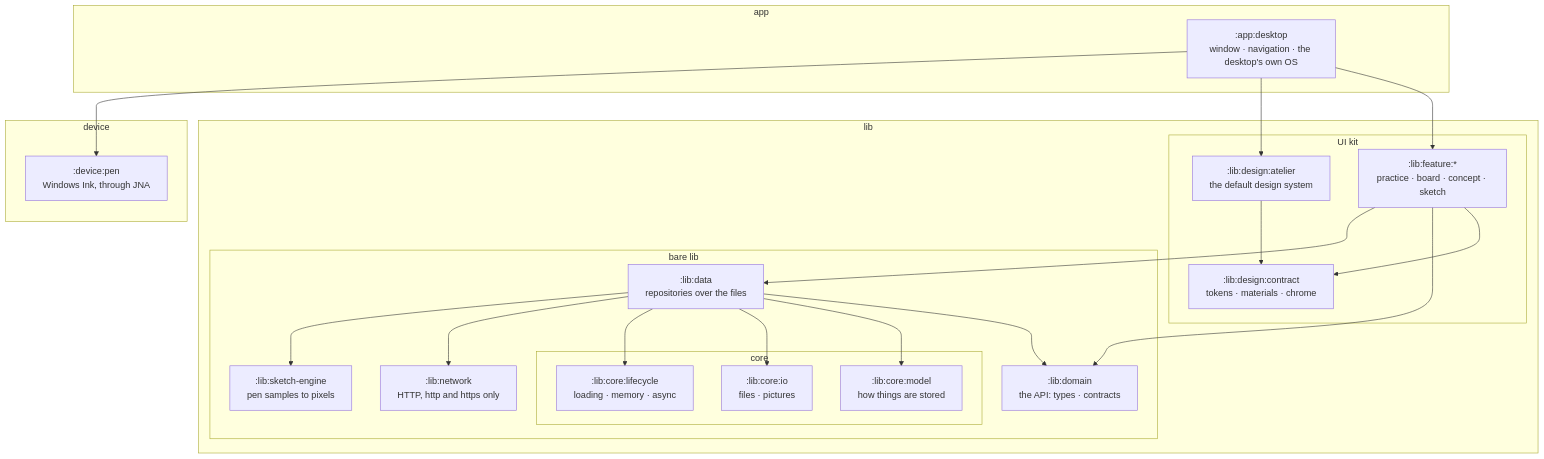
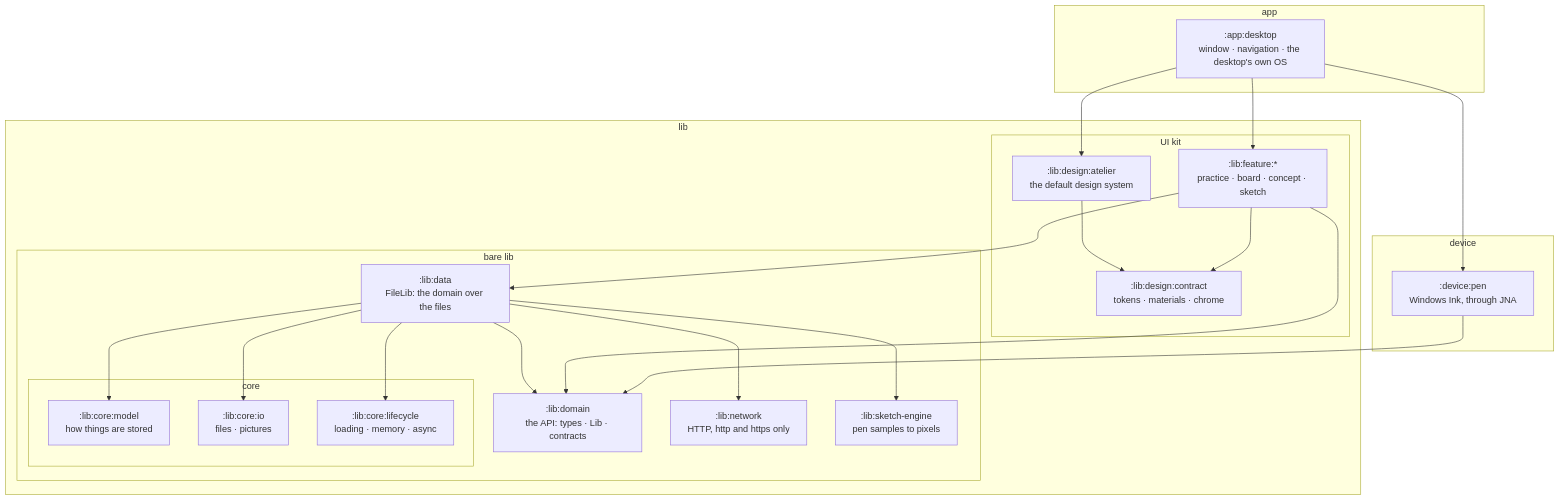
The first of 2 diagrams in docs/Architecture.md (cwellm/ActionDraw), drawn with Mermaid before and after one commit. The commit also changed other lines of this file and 143 other files, not shown here.

````diff
--- a/docs/Architecture.md
+++ b/docs/Architecture.md
@@ -17,40 +17,41 @@
 ```mermaid
 flowchart TB
   subgraph APP["app"]
     desktop[":app:desktop<br/>window · navigation · the desktop's own OS"]
   end
   subgraph DEVICE["device"]
     pen[":device:pen<br/>Windows Ink, through JNA"]
   end
   subgraph LIB["lib"]
     subgraph UI["UI kit"]
       features[":lib:feature:*<br/>practice · board · concept · sketch"]
       atelier[":lib:design:atelier<br/>the default design system"]
       contract[":lib:design:contract<br/>tokens · materials · chrome"]
     end
     subgraph BARE["bare lib"]
-      data[":lib:data<br/>repositories over the files"]
-      domain[":lib:domain<br/>the API: types · contracts"]
+      data[":lib:data<br/>FileLib: the domain over the files"]
+      domain[":lib:domain<br/>the API: types · Lib · contracts"]
       network[":lib:network<br/>HTTP, http and https only"]
       engine[":lib:sketch-engine<br/>pen samples to pixels"]
       subgraph CORE["core"]
         model[":lib:core:model<br/>how things are stored"]
         io[":lib:core:io<br/>files · pictures"]
         lifecycle[":lib:core:lifecycle<br/>loading · memory · async"]
       end
     end
   end
   desktop --> features
   desktop --> atelier
   desktop --> pen
+  pen --> domain
   features --> contract
   features --> domain
   features --> data
   atelier --> contract
   data --> domain
   data --> model
   data --> io
   data --> lifecycle
   data --> network
   data --> engine
 ```
````
